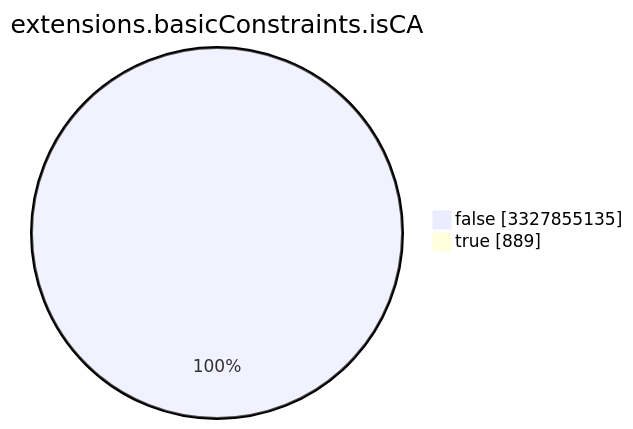
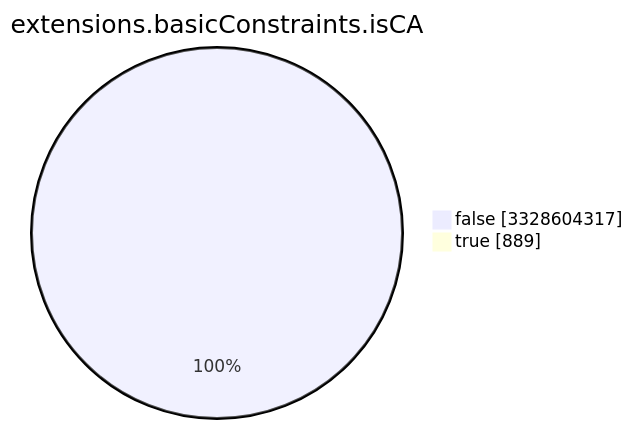
Before and after one commit to christiankrug/ctmonitor_visualization: the seventh of 15 diagrams in TOTAL/README.md, drawn with Mermaid. The commit also changed other lines of this file, not shown here.

````diff
--- a/TOTAL/README.md
+++ b/TOTAL/README.md
@@ -3089,6 +3089,6 @@
 ```mermaid
 pie showData
 title extensions.basicConstraints.isCA
-"false" :3327855135
+"false" :3328604317
 "true" :889
 ```
````
